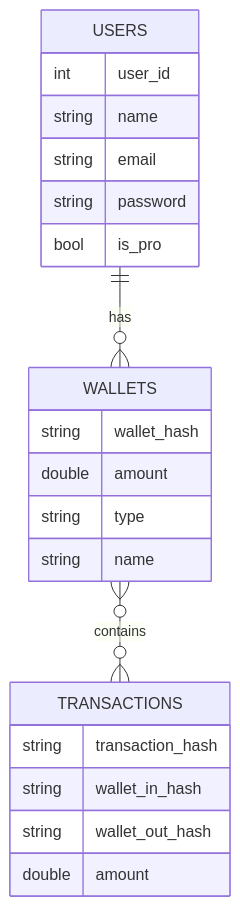
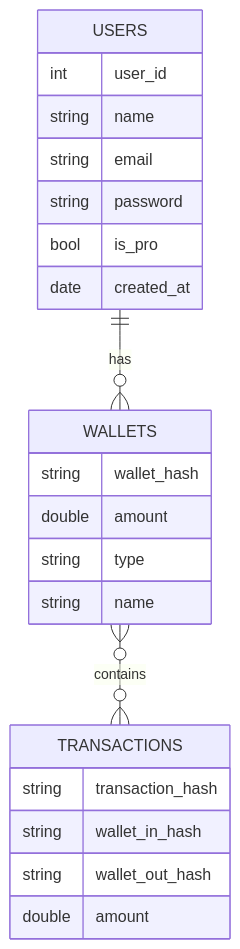
The diagram in packages/diagrams/erd.md (SOEN-490-Capstone/Cryptify), drawn with Mermaid before and after one commit. The commit also changed 1 other file, not shown here.

Commit message:
Updated ERD

````diff
--- a/packages/diagrams/erd.md
+++ b/packages/diagrams/erd.md
@@ -1,25 +1,26 @@
 ```mermaid
 erDiagram
     USERS ||--o{ WALLETS : has
     USERS {
         int user_id
         string name
         string email
         string password
         bool is_pro
+        date created_at
         
     }
     WALLETS }o--o{ TRANSACTIONS : contains
     WALLETS {
         string wallet_hash
         double amount
         string type
         string name
     }
     TRANSACTIONS {
         string transaction_hash
         string wallet_in_hash
         string wallet_out_hash
         double amount
     }
 ```
````
